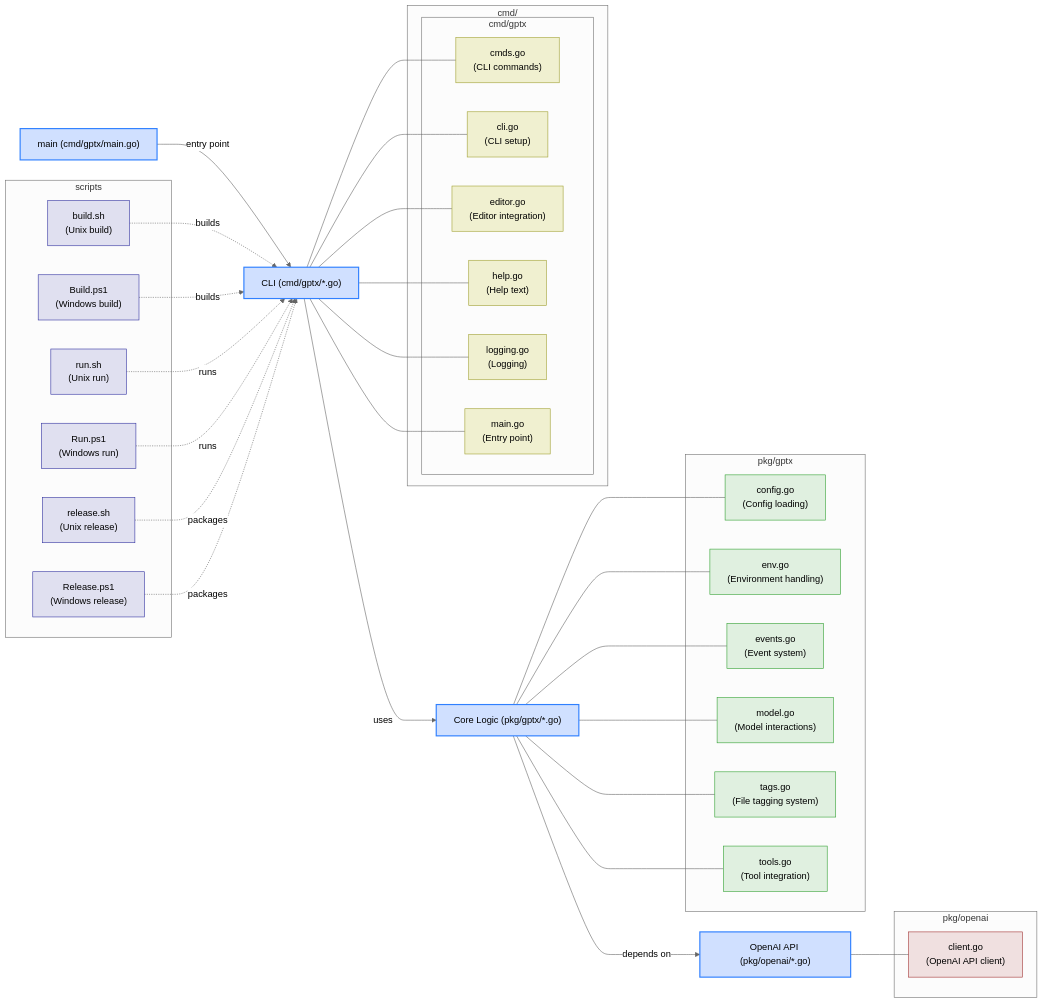
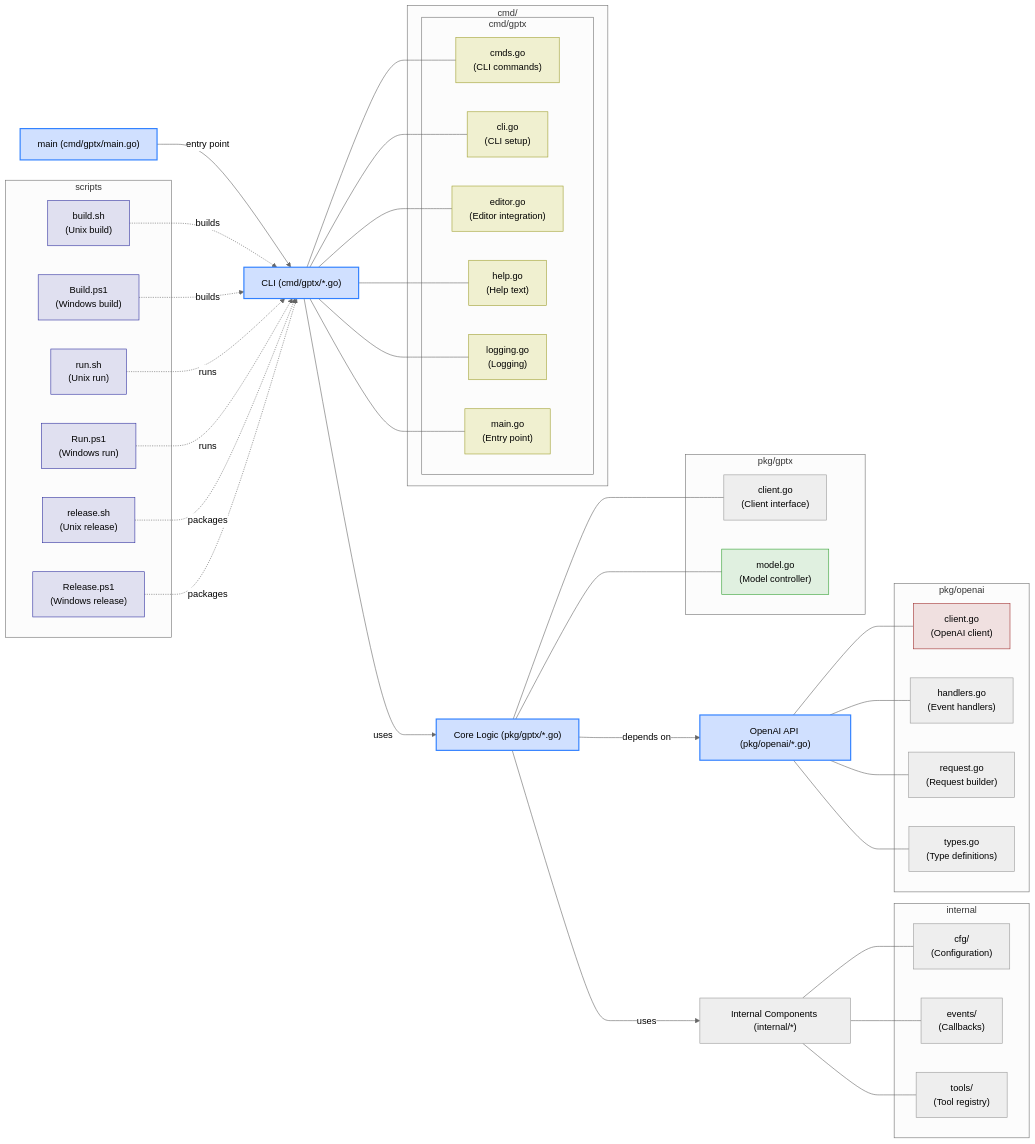
Before and after one commit to mohdfareed/gptx-cli: the second of 8 diagrams in docs/architecture.md, drawn with Mermaid (neutral theme). The commit also changed other lines of this file and 18 other files, not shown here.

````diff
--- a/docs/architecture.md
+++ b/docs/architecture.md
@@ -53,60 +53,67 @@
 ```mermaid
 graph LR
     Main["main (cmd/gptx/main.go)"] -->|entry point| CLI["CLI (cmd/gptx/*.go)"]
     CLI -->|uses| Core["Core Logic (pkg/gptx/*.go)"]
+    Core -->|uses| Internal["Internal Components (internal/*)"]
     Core -->|depends on| OpenAI["OpenAI API (pkg/openai/*.go)"]
 
     subgraph "cmd/"
         subgraph "cmd/gptx"
             CLI_cmds["cmds.go\n(CLI commands)"]
             CLI_cli["cli.go\n(CLI setup)"]
             CLI_editor["editor.go\n(Editor integration)"]
             CLI_help["help.go\n(Help text)"]
             CLI_logging["logging.go\n(Logging)"]
             CLI_main["main.go\n(Entry point)"]
         end
     end
 
     subgraph "pkg/gptx"
-        Core_config["config.go\n(Config loading)"]
-        Core_env["env.go\n(Environment handling)"]
-        Core_events["events.go\n(Event system)"]
-        Core_model["model.go\n(Model interactions)"]
-        Core_tags["tags.go\n(File tagging system)"]
-        Core_tools["tools.go\n(Tool integration)"]
+        Core_client["client.go\n(Client interface)"]
+        Core_model["model.go\n(Model controller)"]
+    end
+
+    subgraph "internal"
+        Internal_cfg["cfg/\n(Configuration)"]
+        Internal_callbacks["events/\n(Callbacks)"]
+        Internal_tools["tools/\n(Tool registry)"]
     end
 
     subgraph "pkg/openai"
-        API_client["client.go\n(OpenAI API client)"]
+        API_client["client.go\n(OpenAI client)"]
+        API_handlers["handlers.go\n(Event handlers)"]
+        API_request["request.go\n(Request builder)"]
+        API_types["types.go\n(Type definitions)"]
     end
 
     subgraph "scripts"
         Build_sh["build.sh\n(Unix build)"]
         Build_ps1["Build.ps1\n(Windows build)"]
         Release_sh["release.sh\n(Unix release)"]
         Release_ps1["Release.ps1\n(Windows release)"]
         Run_sh["run.sh\n(Unix run)"]
         Run_ps1["Run.ps1\n(Windows run)"]
     end
 
     CLI --- CLI_cmds & CLI_cli & CLI_editor & CLI_help & CLI_logging & CLI_main
-    Core --- Core_config & Core_env & Core_events & Core_model & Core_tags & Core_tools
-    OpenAI --- API_client
+    Core --- Core_model & Core_client
+    Internal --- Internal_cfg & Internal_callbacks & Internal_tools
+    OpenAI --- API_client & API_handlers & API_request & API_types
 
     %% Script connections
     Build_sh & Build_ps1 -.->|builds| CLI
     Run_sh & Run_ps1 -.->|runs| CLI
     Release_sh & Release_ps1 -.->|packages| CLI
 
     classDef primary fill:#d0e0ff,stroke:#3080ff,stroke-width:2px;
     classDef cmd fill:#f0f0d0,stroke:#a0a030,stroke-width:1px;
     classDef core fill:#e0f0e0,stroke:#30a030,stroke-width:1px;
     classDef api fill:#f0e0e0,stroke:#a03030,stroke-width:1px;
     classDef scripts fill:#e0e0f0,stroke:#3030a0,stroke-width:1px;
 
     class Main,CLI,Core,OpenAI primary;
     class CLI_cmds,CLI_cli,CLI_editor,CLI_help,CLI_logging,CLI_main cmd;
     class Core_config,Core_env,Core_events,Core_model,Core_tags,Core_tools core;
     class API_client api;
     class Build_sh,Build_ps1,Release_sh,Release_ps1,Run_sh,Run_ps1 scripts;
 ```
````
